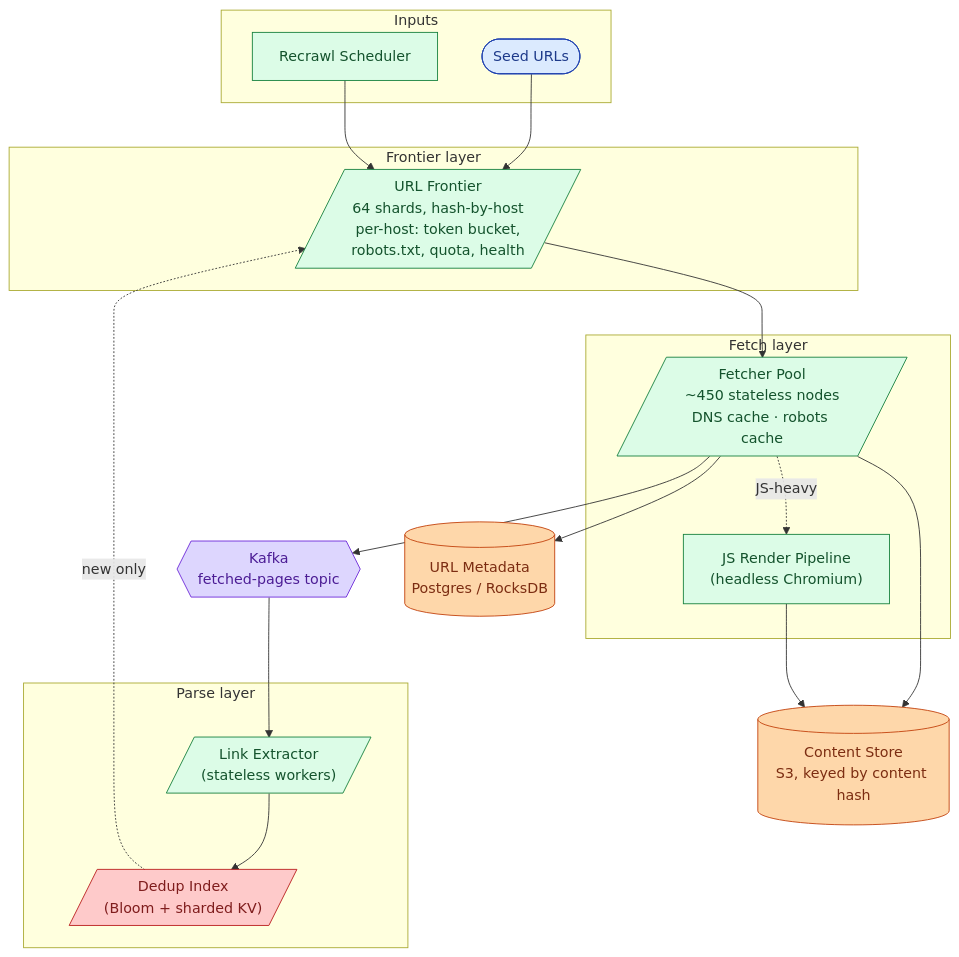
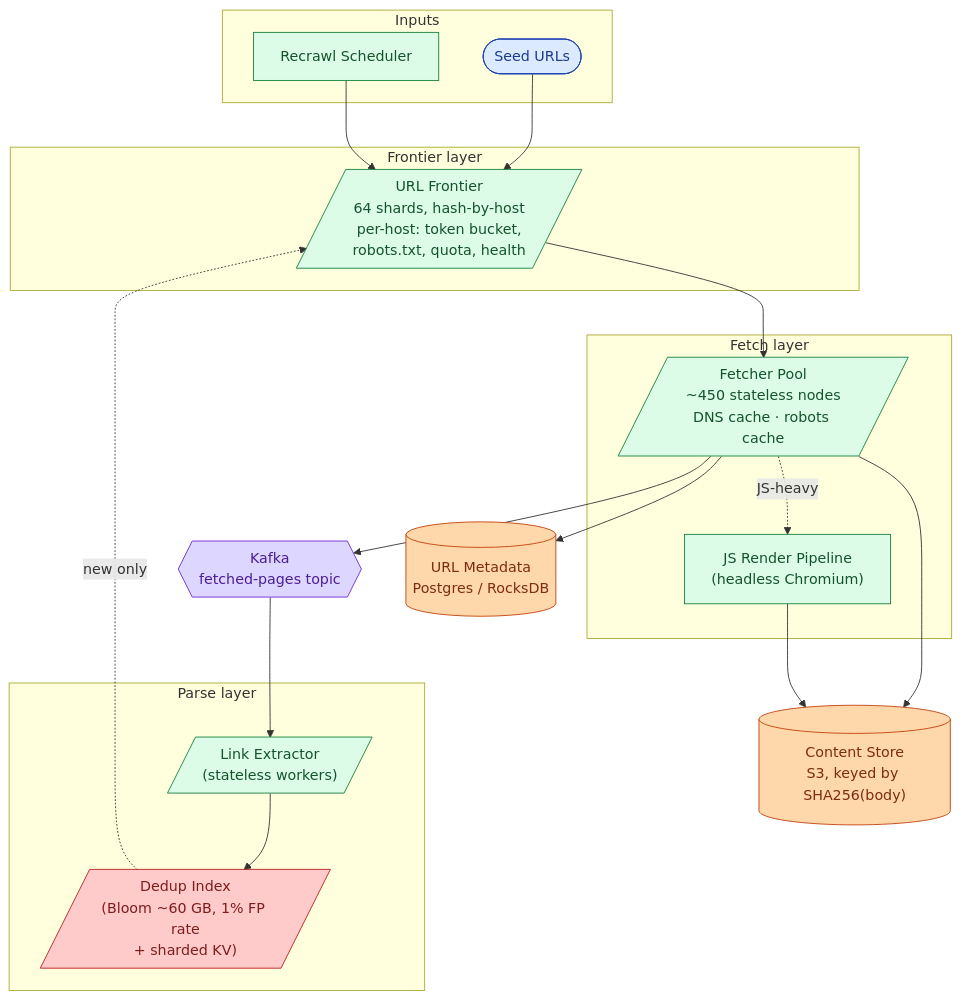
Before and after one commit to shiningflash/system-design: the second of 4 diagrams in problems/008-web-crawler/solution.md, drawn with Mermaid. The commit also changed other lines of this file and 37 other files, not shown here.

````diff
--- a/problems/008-web-crawler/solution.md
+++ b/problems/008-web-crawler/solution.md
@@ -294,44 +284,44 @@
 ```mermaid
 flowchart TB
     subgraph Inputs["Inputs"]
         S([Seed URLs]):::user
         RS["Recrawl Scheduler"]:::app
     end
 
     subgraph FrontierLayer["Frontier layer"]
         F[/"URL Frontier<br/>64 shards, hash-by-host<br/>per-host: token bucket,<br/>robots.txt, quota, health"/]:::app
     end
 
     subgraph FetchLayer["Fetch layer"]
         W[/"Fetcher Pool<br/>~450 stateless nodes<br/>DNS cache · robots cache"/]:::app
         JS["JS Render Pipeline<br/>(headless Chromium)"]:::app
     end
 
     K{{"Kafka<br/>fetched-pages topic"}}:::queue
 
     subgraph ParseLayer["Parse layer"]
         P[/"Link Extractor<br/>(stateless workers)"/]:::app
-        D[/"Dedup Index<br/>(Bloom + sharded KV)"/]:::cache
+        D[/"Dedup Index<br/>(Bloom ~60 GB, 1% FP rate<br/>+ sharded KV)"/]:::cache
     end
 
-    Store[("Content Store<br/>S3, keyed by content hash")]:::db
+    Store[("Content Store<br/>S3, keyed by SHA256(body)")]:::db
     Meta[("URL Metadata<br/>Postgres / RocksDB")]:::db
 
     S --> F
     RS --> F
     F --> W
     W --> Store
     W --> Meta
     W -.JS-heavy.-> JS
     JS --> Store
     W --> K
     K --> P
     P --> D
     D -.new only.-> F
 
     classDef user fill:#dbeafe,stroke:#1e40af,color:#1e3a8a
     classDef app fill:#dcfce7,stroke:#15803d,color:#14532d
     classDef db fill:#fed7aa,stroke:#c2410c,color:#7c2d12
     classDef cache fill:#fecaca,stroke:#b91c1c,color:#7f1d1d
     classDef queue fill:#ddd6fe,stroke:#6d28d9,color:#4c1d95
 ```
````
